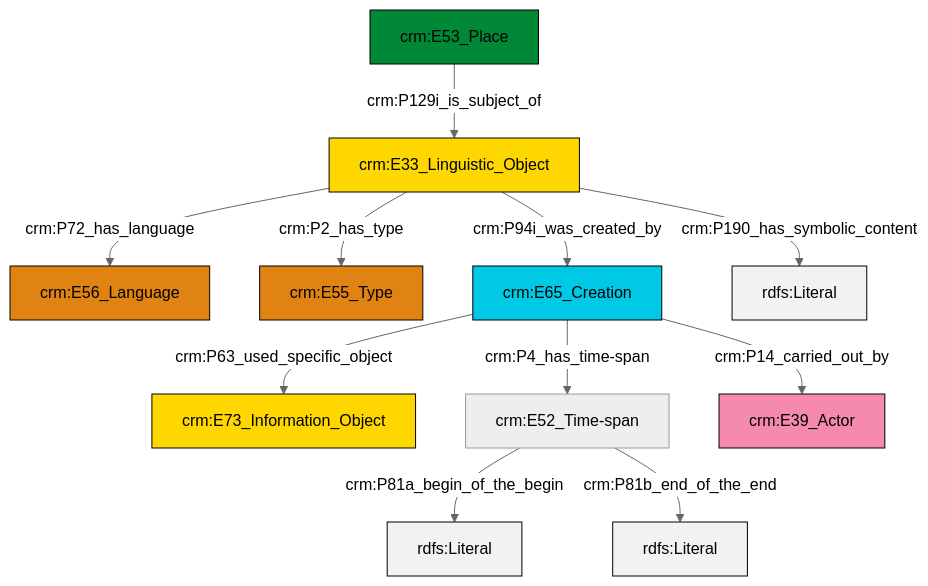
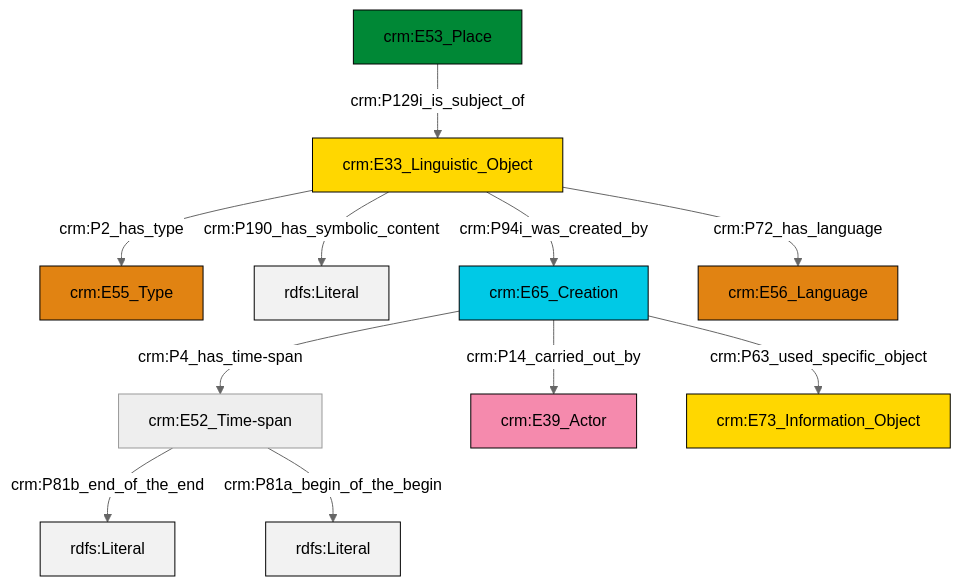
One commit to swiss-art-research-net/docs.swissartresearch changed the diagram in et/placeCSV/ttl/mmd/place_description.ttl.mmd. Above: the diagram before and after it, drawn with Mermaid (neutral theme). The commit also changed 177 other files, not shown here.

```diff
--- a/et/placeCSV/ttl/mmd/place_description.ttl.mmd
+++ b/et/placeCSV/ttl/mmd/place_description.ttl.mmd
@@ -1,25 +1,25 @@
 graph TD
 classDef Literal fill:#f2f2f2,stroke:#000000;
 classDef CRM_Entity fill:#FFFFFF,stroke:#000000;
 classDef Temporal_Entity fill:#00C9E6, stroke:#000000;
 classDef Type fill:#E18312, stroke:#000000;
 classDef Time-Span fill:#2C9C91, stroke:#000000;
 classDef Appellation fill:#FFEB7F, stroke:#000000;
 classDef Place fill:#008836, stroke:#000000;
 classDef Persistent_Item fill:#B266B2, stroke:#000000;
 classDef Conceptual_Object fill:#FFD700, stroke:#000000;
 classDef Physical_Thing fill:#D2B48C, stroke:#000000;
 classDef Actor fill:#f58aad, stroke:#000000;
 classDef PC_Classes fill:#4ce600, stroke:#000000;
 classDef Multi fill:#cccccc,stroke:#000000;
 
-2["crm:E52_Time-span"]:::Default -->|crm:P81a_begin_of_the_begin| 3[rdfs:Literal]:::Literal
-7["crm:E53_Place"]:::Place -->|crm:P129i_is_subject_of| 13["crm:E33_Linguistic_Object"]:::Conceptual_Object
-13["crm:E33_Linguistic_Object"]:::Conceptual_Object -->|crm:P94i_was_created_by| 14["crm:E65_Creation"]:::Temporal_Entity
-2["crm:E52_Time-span"]:::Default -->|crm:P81b_end_of_the_end| 16[rdfs:Literal]:::Literal
-13["crm:E33_Linguistic_Object"]:::Conceptual_Object -->|crm:P72_has_language| 9["crm:E56_Language"]:::Type
-14["crm:E65_Creation"]:::Temporal_Entity -->|crm:P63_used_specific_object| 0["crm:E73_Information_Object"]:::Conceptual_Object
-14["crm:E65_Creation"]:::Temporal_Entity -->|crm:P4_has_time-span| 2["crm:E52_Time-span"]:::Default
-14["crm:E65_Creation"]:::Temporal_Entity -->|crm:P14_carried_out_by| 4["crm:E39_Actor"]:::Actor
-13["crm:E33_Linguistic_Object"]:::Conceptual_Object -->|crm:P190_has_symbolic_content| 18[rdfs:Literal]:::Literal
-13["crm:E33_Linguistic_Object"]:::Conceptual_Object -->|crm:P2_has_type| 11["crm:E55_Type"]:::Type
+2["crm:E52_Time-span"]:::Default -->|crm:P81b_end_of_the_end| 3[rdfs:Literal]:::Literal
+0["crm:E33_Linguistic_Object"]:::Conceptual_Object -->|crm:P2_has_type| 6["crm:E55_Type"]:::Type
+0["crm:E33_Linguistic_Object"]:::Conceptual_Object -->|crm:P190_has_symbolic_content| 10[rdfs:Literal]:::Literal
+11["crm:E65_Creation"]:::Temporal_Entity -->|crm:P63_used_specific_object| 12["crm:E73_Information_Object"]:::Conceptual_Object
+4["crm:E53_Place"]:::Place -->|crm:P129i_is_subject_of| 0["crm:E33_Linguistic_Object"]:::Conceptual_Object
+11["crm:E65_Creation"]:::Temporal_Entity -->|crm:P14_carried_out_by| 8["crm:E39_Actor"]:::Actor
+2["crm:E52_Time-span"]:::Default -->|crm:P81a_begin_of_the_begin| 14[rdfs:Literal]:::Literal
+0["crm:E33_Linguistic_Object"]:::Conceptual_Object -->|crm:P72_has_language| 15["crm:E56_Language"]:::Type
+0["crm:E33_Linguistic_Object"]:::Conceptual_Object -->|crm:P94i_was_created_by| 11["crm:E65_Creation"]:::Temporal_Entity
+11["crm:E65_Creation"]:::Temporal_Entity -->|crm:P4_has_time-span| 2["crm:E52_Time-span"]:::Default
```
